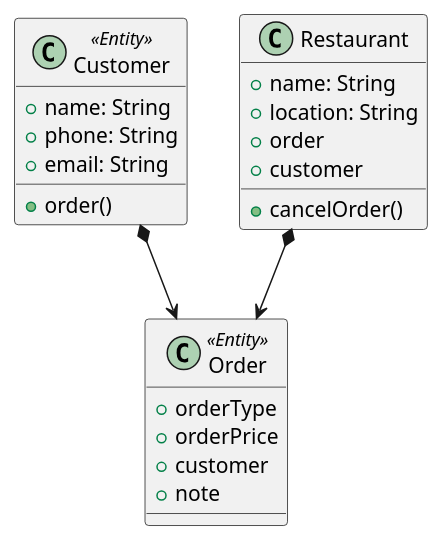
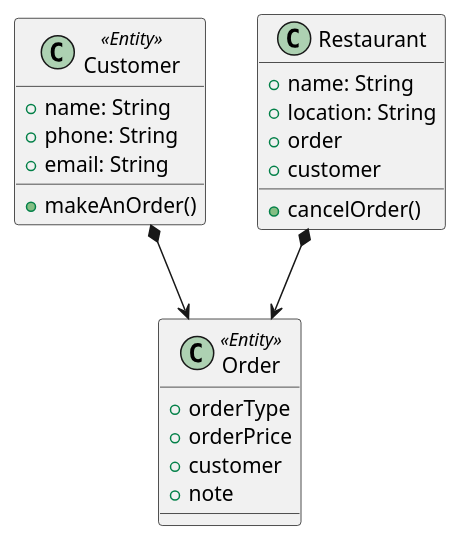
Before and after one commit to sevcangul/food-delivery: the diagram in class-diagram.puml, drawn with PlantUML.

Commit message:
Change the method on the class diagram

```diff
--- a/class-diagram.puml
+++ b/class-diagram.puml
@@ -1,27 +1,27 @@
 @startuml Class Diagram
 
 class Customer <<Entity>> {
   + name: String
   + phone: String
   + email: String
-  + order()
+  + makeAnOrder()
 }
 class Order <<Entity>> {
   + orderType
   + orderPrice
   + customer
   + note
 }
 
 class Restaurant {
   + name: String
   + location: String
   + order
   + customer
   + cancelOrder()
 }
 
 Customer *--> Order
 Restaurant *--> Order
 
 @enduml
```
